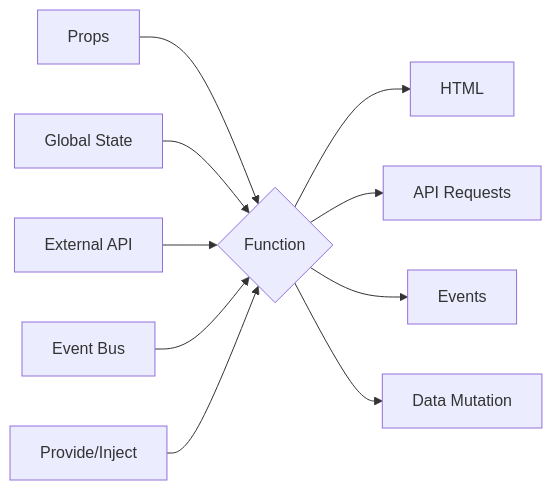
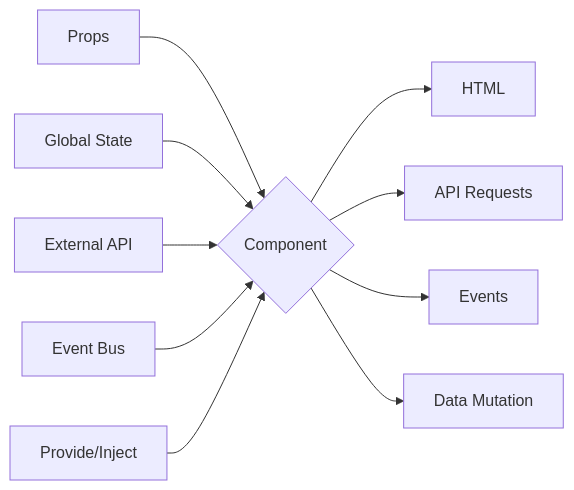
Diagram 11 of 12 in slides.md (lindsaykwardell/vgs-functional-programming), drawn with Mermaid before and after one commit. The commit also changed other lines of this file and 1 other file, not shown here.

````diff
--- a/slides.md
+++ b/slides.md
@@ -536,12 +591,12 @@
 ```mermaid
 flowchart LR
-    Props --> Function
-    state[Global State] --> Function
-    api[External API] --> Function
-    bus[Event Bus] --> Function
-    provide[Provide/Inject] --> Function
-    Function{Function} --> HTML
-    Function{Function} --> api2[API Requests]
-    Function{Function} --> emit[Events]
-    Function{Function} --> mutation[Data Mutation]
+    Props --> Component
+    state[Global State] --> Component
+    api[External API] --> Component
+    bus[Event Bus] --> Component
+    provide[Provide/Inject] --> Component
+    Component{Component} --> HTML
+    Component{Component} --> api2[API Requests]
+    Component{Component} --> emit[Events]
+    Component{Component} --> mutation[Data Mutation]
 ```
````
